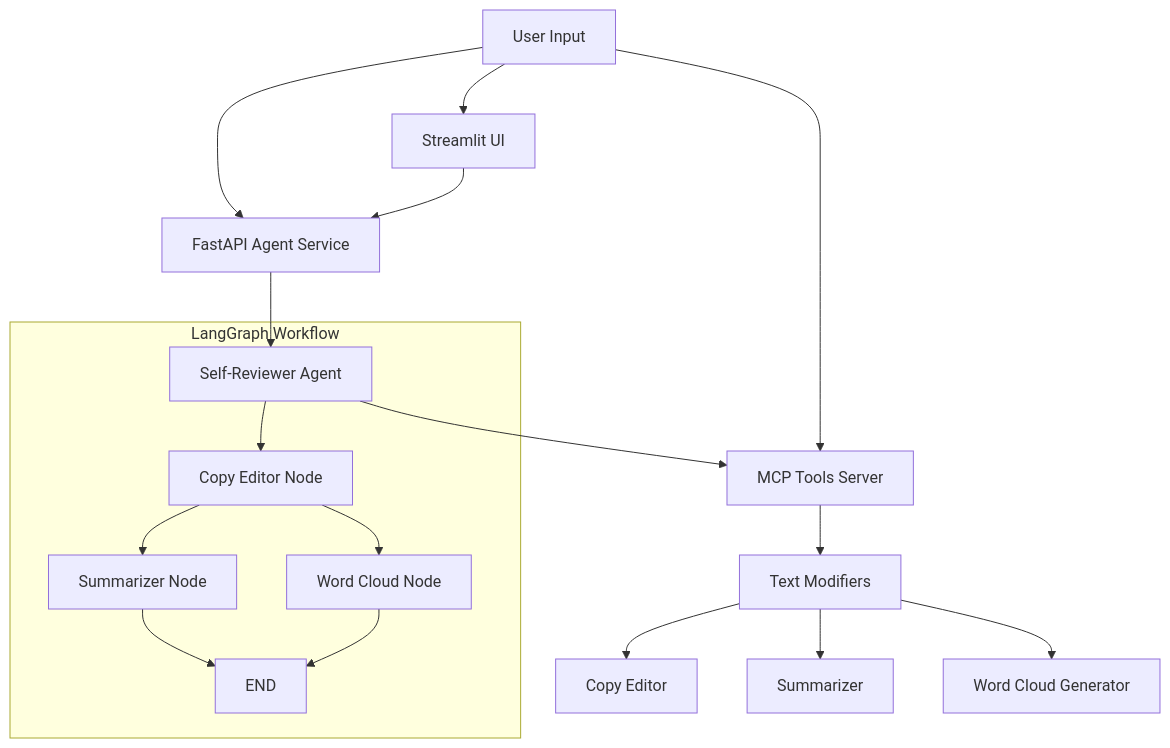
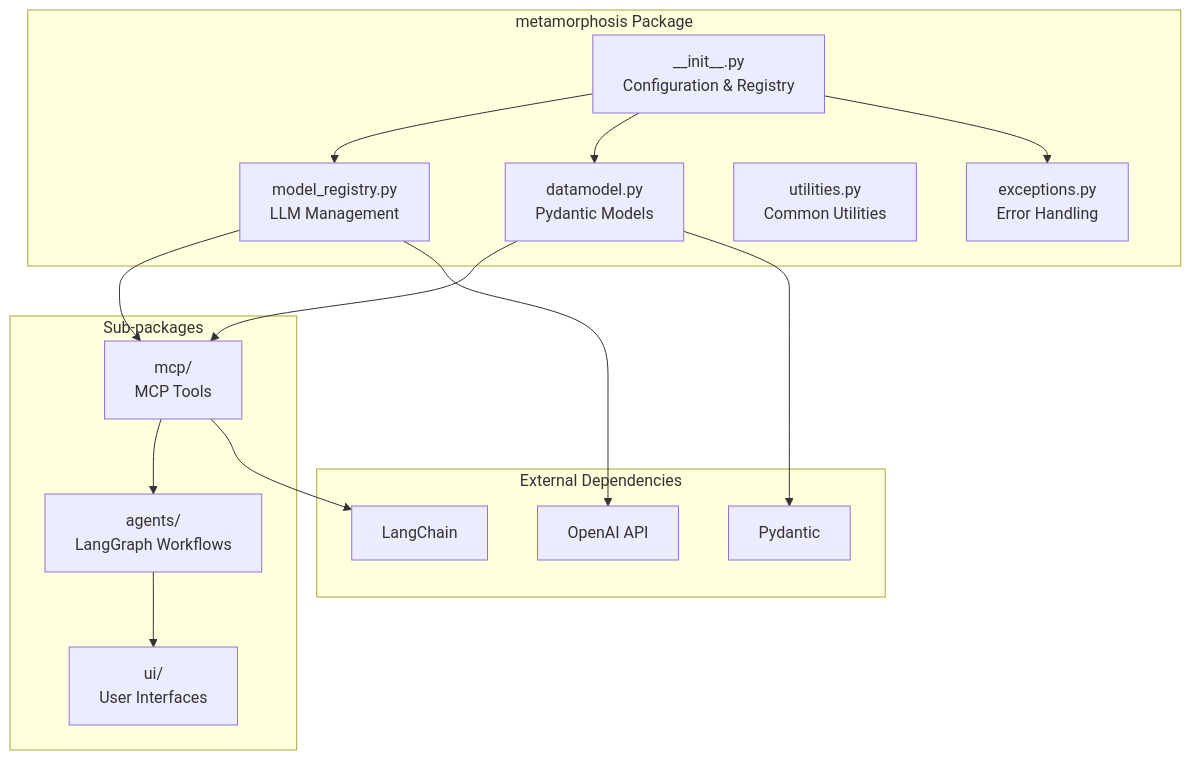
One commit to supportvectors/metamorphosis changed the diagram in docs/metamorphosis/index.md. Above: the diagram before and after it, drawn with Mermaid. The commit also changed other lines of this file and 103 other files, not shown here.

````diff
--- a/docs/metamorphosis/index.md
+++ b/docs/metamorphosis/index.md
@@ -17,23 +7,34 @@
 ```mermaid
 graph TB
-    A[User Input] --> B[MCP Tools Server]
-    A --> C[FastAPI Agent Service] 
-    A --> D[Streamlit UI]
+    subgraph "metamorphosis Package"
+        A[__init__.py<br/>Configuration & Registry]
+        B[datamodel.py<br/>Pydantic Models]
+        C[exceptions.py<br/>Error Handling]
+        D[utilities.py<br/>Common Utilities]
+        E[model_registry.py<br/>LLM Management]
+    end
     
-    B --> E[Text Modifiers]
-    C --> F[Self-Reviewer Agent]
-    F --> B
-    D --> C
+    subgraph "Sub-packages"
+        F[mcp/<br/>MCP Tools]
+        G[agents/<br/>LangGraph Workflows]
+        H[ui/<br/>User Interfaces]
+    end
     
-    E --> G[Copy Editor]
-    E --> H[Summarizer]
-    E --> I[Word Cloud Generator]
+    A --> E
+    A --> B
+    A --> C
+    B --> F
+    E --> F
+    F --> G
+    G --> H
     
-    subgraph "LangGraph Workflow"
-        F --> J[Copy Editor Node]
-        J --> K[Summarizer Node]
-        J --> L[Word Cloud Node]
-        K --> M[END]
-        L --> M
+    subgraph "External Dependencies"
+        I[OpenAI API]
+        J[LangChain]
+        K[Pydantic]
     end
+    
+    E --> I
+    F --> J
+    B --> K
 ```
````
